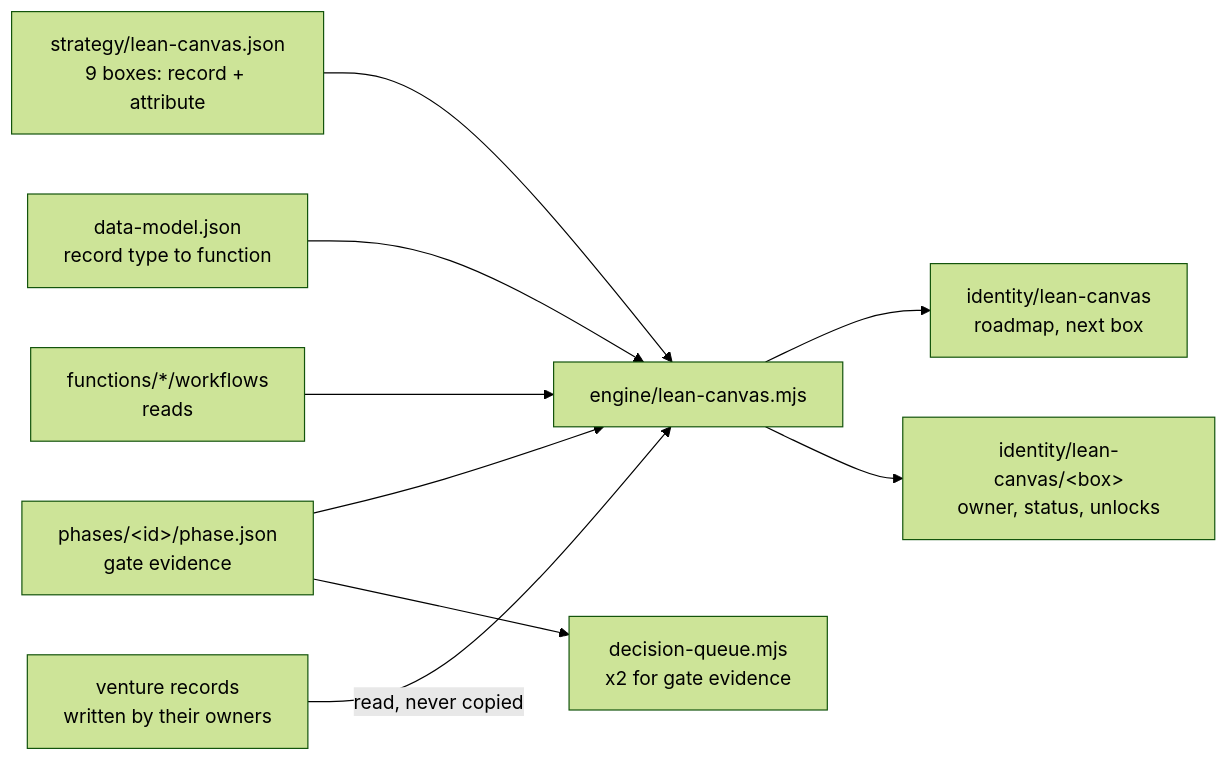
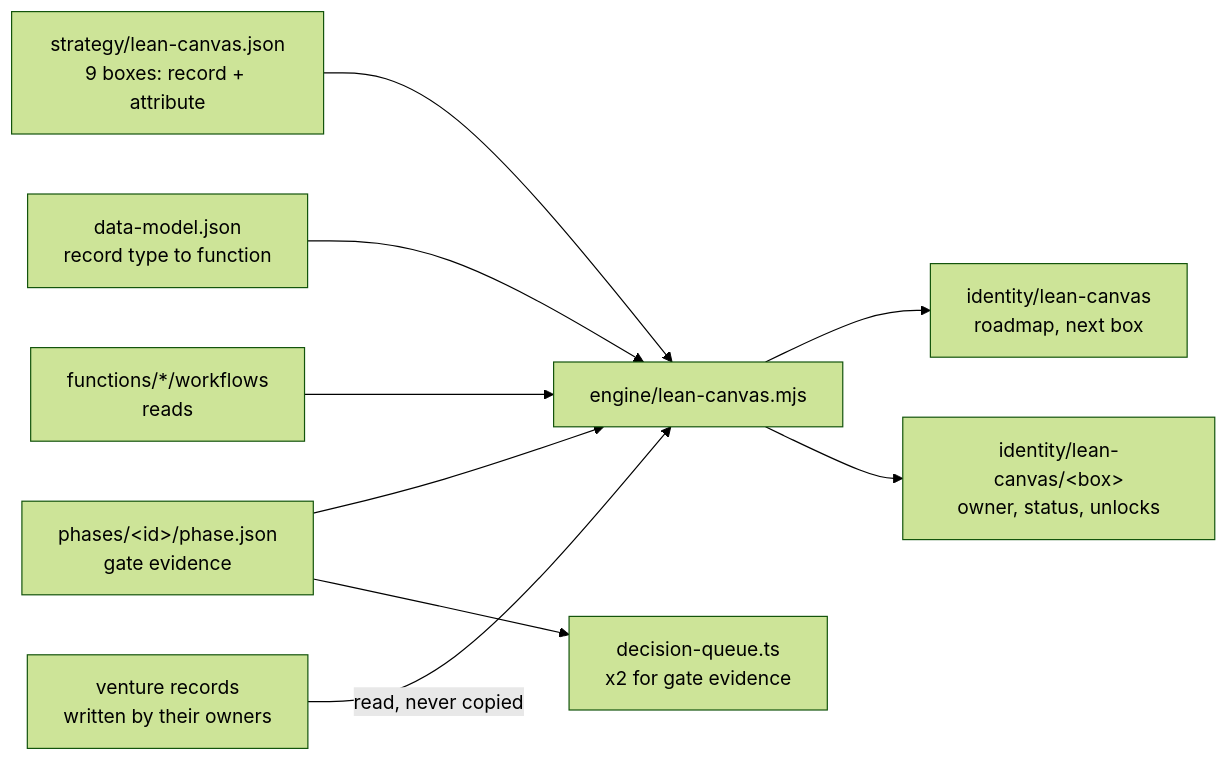
Before and after one commit to tchjhnsn/Naive: the diagram in docs/design/LEAN_CANVAS_SHARED_KERNEL_2026-11-22.md, drawn with Mermaid (forest theme). The commit also changed other lines of this file and 895 other files, not shown here.

````diff
--- a/docs/design/LEAN_CANVAS_SHARED_KERNEL_2026-11-22.md
+++ b/docs/design/LEAN_CANVAS_SHARED_KERNEL_2026-11-22.md
@@ -21,11 +21,11 @@
 ```mermaid
 flowchart LR
   DEF["strategy/lean-canvas.json<br/>9 boxes: record + attribute"] --> ENG["engine/lean-canvas.mjs"]
   DM["data-model.json<br/>record type to function"] --> ENG
   PH["phases/&lt;id&gt;/phase.json<br/>gate evidence"] --> ENG
   WF["functions/*/workflows<br/>reads"] --> ENG
   REC["venture records<br/>written by their owners"] -->|read, never copied| ENG
   ENG --> CAN["identity/lean-canvas<br/>roadmap, next box"]
   ENG --> BOX["identity/lean-canvas/&lt;box&gt;<br/>owner, status, unlocks"]
-  PH --> Q["decision-queue.mjs<br/>x2 for gate evidence"]
+  PH --> Q["decision-queue.ts<br/>x2 for gate evidence"]
 ```
````
